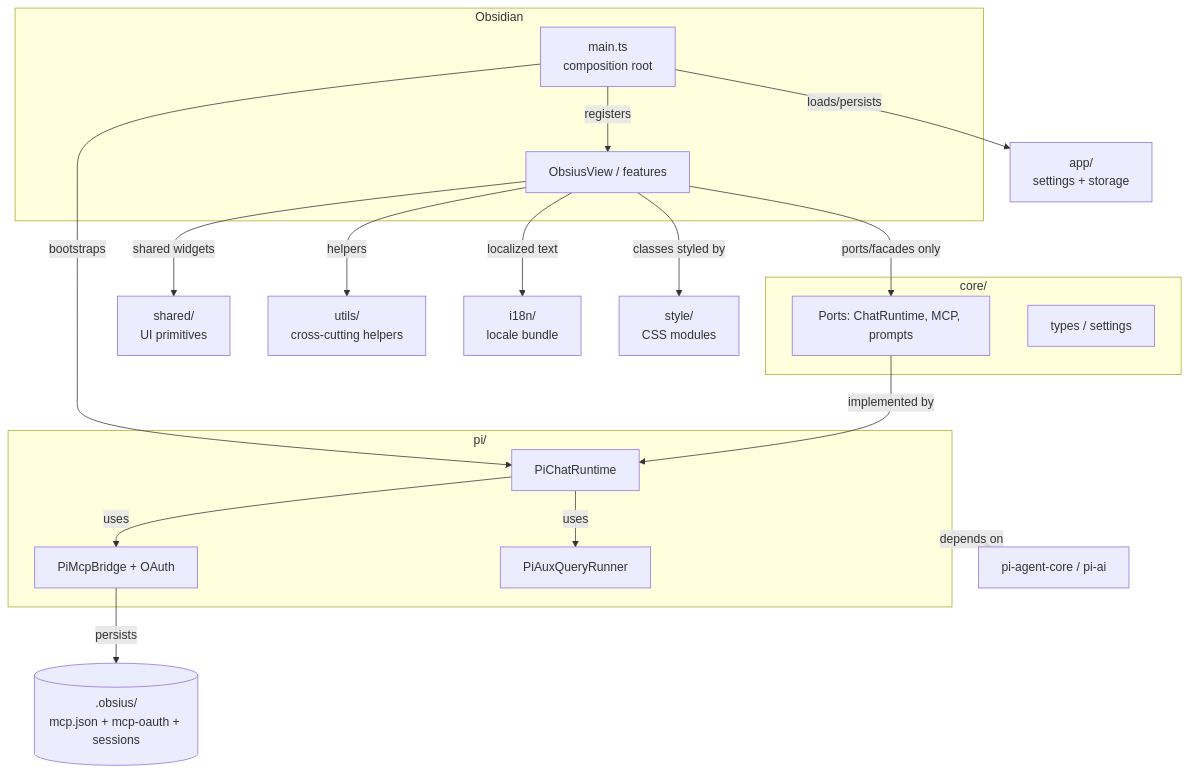
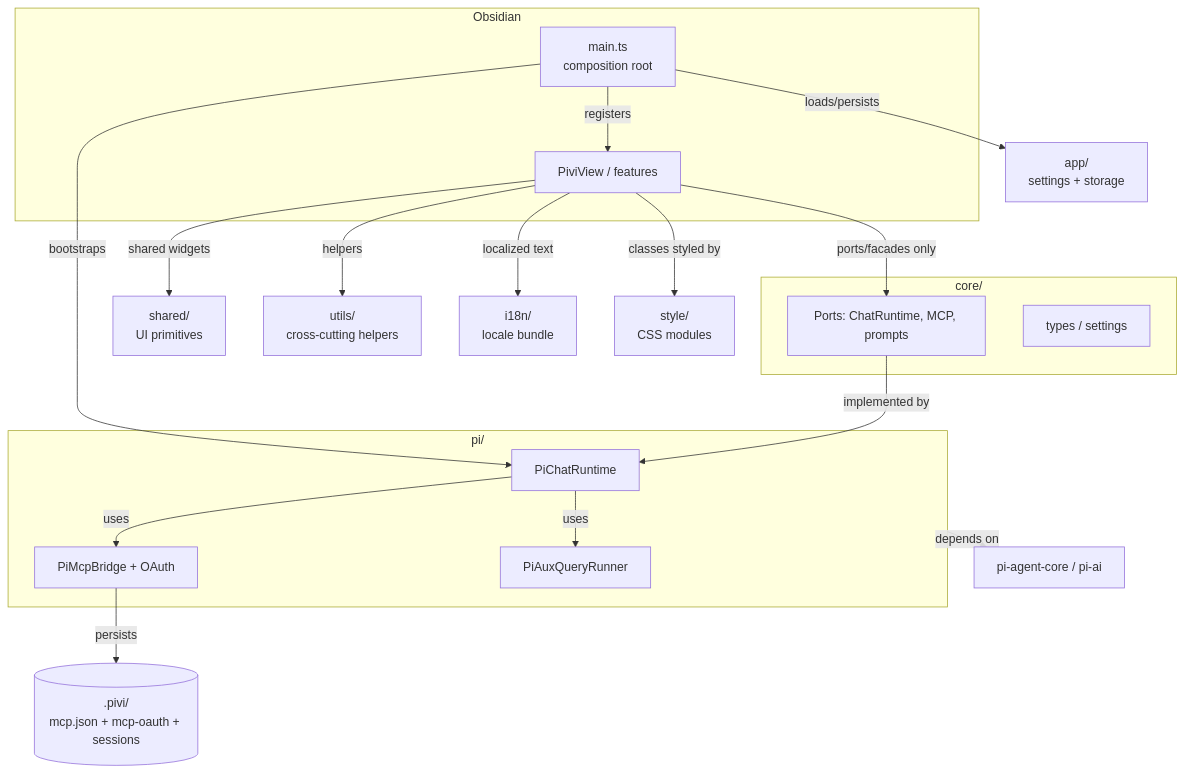
The first of 2 diagrams in src/AGENTS.md (shuuul/obsidian-pivi), drawn with Mermaid before and after one commit. The commit also changed other lines of this file and 283 other files, not shown here.

First line of the commit message:
feat(plugin)!: rename Obsius to Pivi

````diff
--- a/src/AGENTS.md
+++ b/src/AGENTS.md
@@ -7,39 +7,39 @@
 ```mermaid
 flowchart TB
   subgraph Obsidian["Obsidian"]
     Main["main.ts<br/>composition root"]
-    View["ObsiusView / features"]
+    View["PiviView / features"]
   end
 
   subgraph Core["core/"]
     Ports["Ports: ChatRuntime, MCP, prompts"]
     Types["types / settings"]
   end
 
   subgraph Pi["pi/"]
     Runtime["PiChatRuntime"]
     MCP["PiMcpBridge + OAuth"]
     Aux["PiAuxQueryRunner"]
   end
 
-  Vault[(".obsius/<br/>mcp.json + mcp-oauth + sessions")]
+  Vault[(".pivi/<br/>mcp.json + mcp-oauth + sessions")]
   App["app/<br/>settings + storage"]
   Shared["shared/<br/>UI primitives"]
   Utils["utils/<br/>cross-cutting helpers"]
   I18n["i18n/<br/>locale bundle"]
   Style["style/<br/>CSS modules"]
 
   Main -- "registers" --> View
   Main -- "loads/persists" --> App
   Main -- "bootstraps" --> Runtime
   View -- "ports/facades only" --> Ports
   View -- "shared widgets" --> Shared
   View -- "helpers" --> Utils
   View -- "localized text" --> I18n
   View -- "classes styled by" --> Style
   Ports -- "implemented by" --> Runtime
   Runtime -- "uses" --> MCP
   MCP -- "persists" --> Vault
   Runtime -- "uses" --> Aux
   Pi -- "depends on" --> PiSDK["pi-agent-core / pi-ai"]
 ```
````
